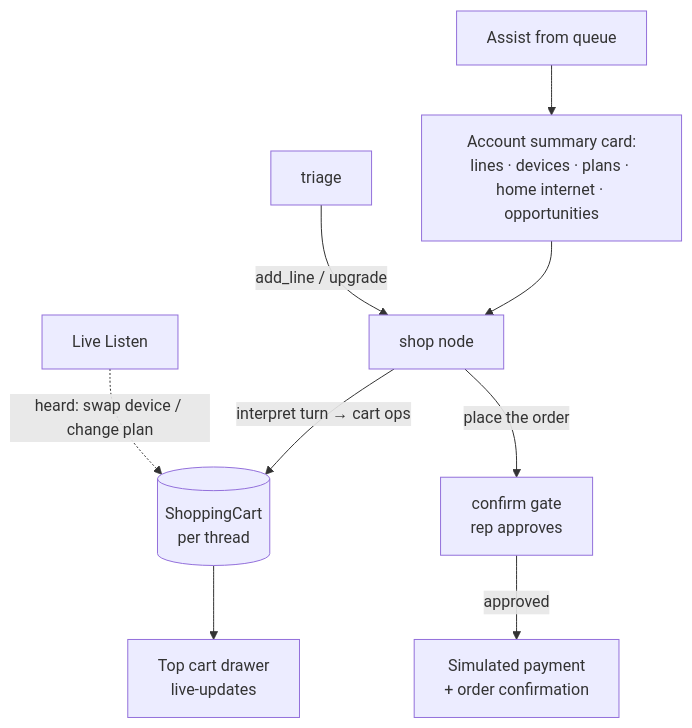
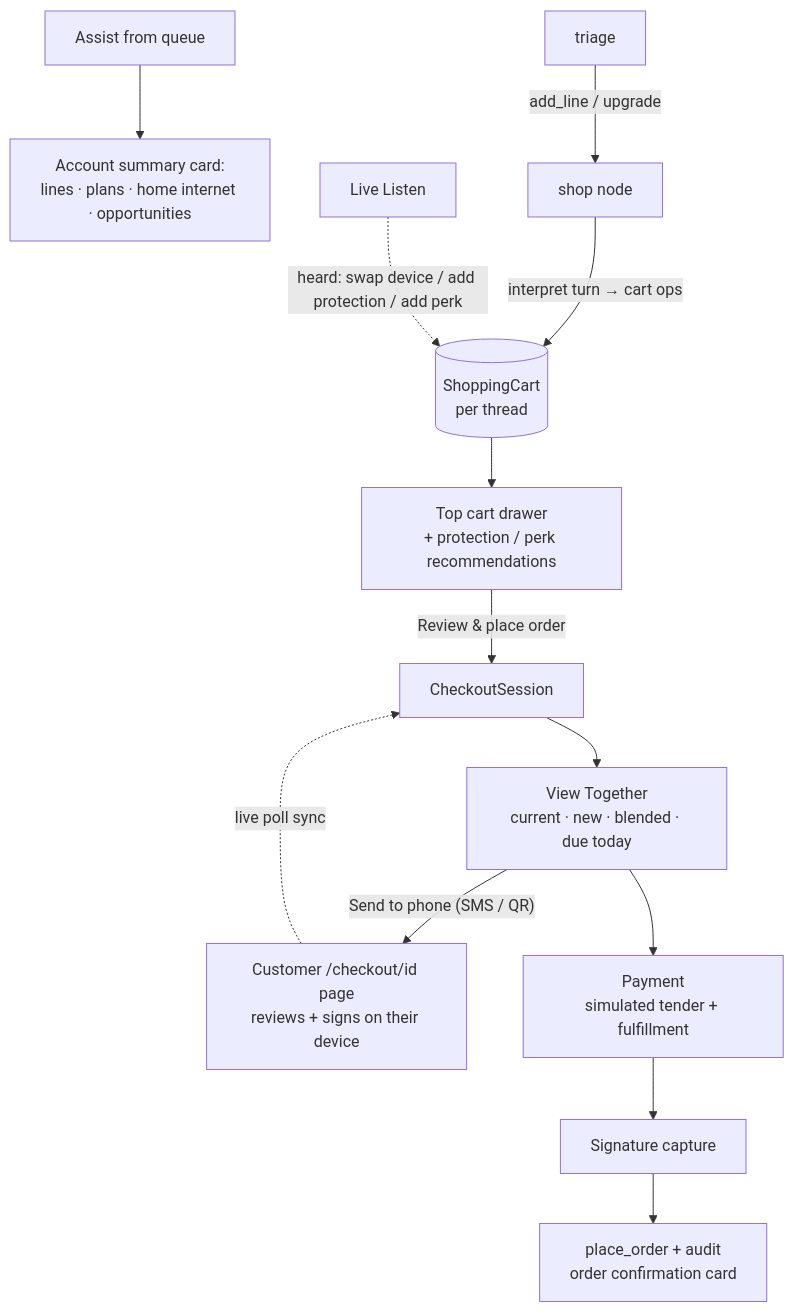
Before and after one commit to gmilhon/RepAssist: the diagram in docs/24-in-chat-shopping.md, drawn with Mermaid. The commit also changed other lines of this file and 30 other files, not shown here.

````diff
--- a/docs/24-in-chat-shopping.md
+++ b/docs/24-in-chat-shopping.md
@@ -23,11 +31,15 @@
 ```mermaid
 flowchart TD
-    assist[Assist from queue] --> summary[Account summary card:<br/>lines · devices · plans · home internet · opportunities]
-    summary --> shop
+    assist[Assist from queue] --> summary[Account summary card:<br/>lines · plans · home internet · opportunities]
     triage -->|add_line / upgrade| shop[shop node]
     shop -->|"interpret turn → cart ops"| cart[(ShoppingCart<br/>per thread)]
-    cart --> drawer[Top cart drawer<br/>live-updates]
-    shop -->|"place the order"| confirm[confirm gate<br/>rep approves]
-    confirm -->|approved| pay[Simulated payment<br/>+ order confirmation]
-    listen[Live Listen] -.->|"heard: swap device / change plan"| cart
+    cart --> drawer[Top cart drawer<br/>+ protection / perk recommendations]
+    listen[Live Listen] -.->|"heard: swap device / add protection / add perk"| cart
+    drawer -->|"Review & place order"| co[CheckoutSession]
+    co --> vt[View Together<br/>current · new · blended · due today]
+    vt -->|"Send to phone (SMS / QR)"| phone["Customer /checkout/id page<br/>reviews + signs on their device"]
+    vt --> pay[Payment<br/>simulated tender + fulfillment]
+    pay --> sign[Signature capture]
+    sign --> order[place_order + audit<br/>order confirmation card]
+    phone -.->|live poll sync| co
 ```
````
